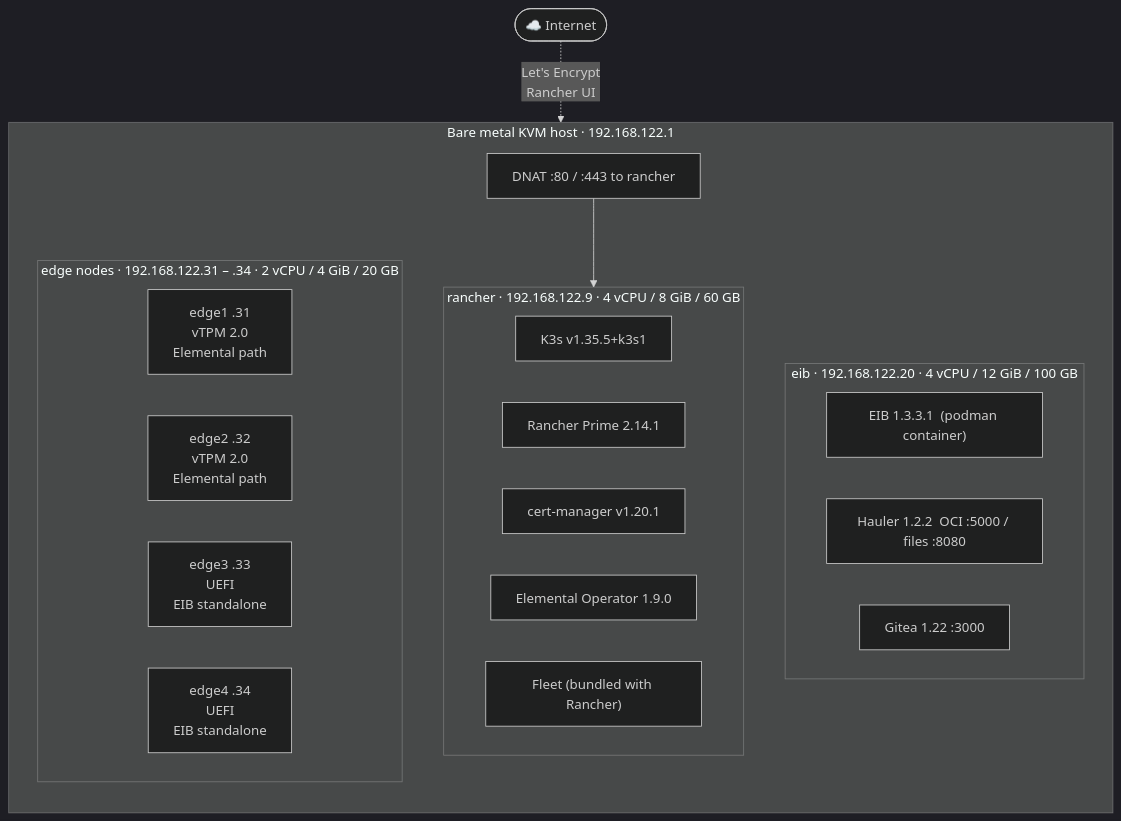
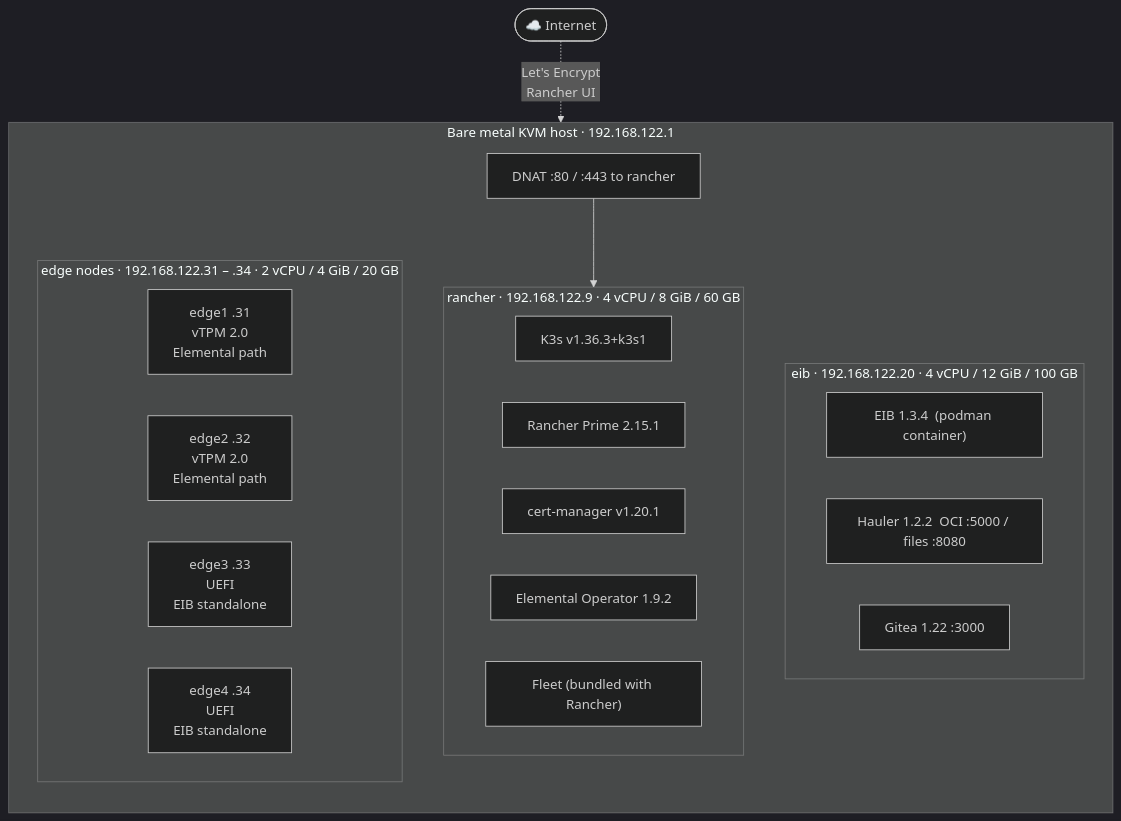
Before and after one commit to avaleror/suse-edge-workshop: the first of 2 diagrams in docs/reference/lab-overview.md, drawn with Mermaid (dark theme). The commit also changed other lines of this file and 15 other files, not shown here.

````diff
--- a/docs/reference/lab-overview.md
+++ b/docs/reference/lab-overview.md
@@ -11,33 +11,33 @@
 ```mermaid
 flowchart TB
     subgraph HOST["  Bare metal KVM host  ·  192.168.122.1  "]
         direction TB
 
         subgraph RANCHER["  rancher  ·  192.168.122.9  ·  4 vCPU / 8 GiB / 60 GB  "]
-            R1["K3s v1.35.5+k3s1"]
-            R2["Rancher Prime 2.14.1"]
+            R1["K3s v1.36.3+k3s1"]
+            R2["Rancher Prime 2.15.1"]
             R3["cert-manager v1.20.1"]
-            R4["Elemental Operator 1.9.0"]
+            R4["Elemental Operator 1.9.2"]
             R5["Fleet (bundled with Rancher)"]
         end
 
         subgraph EIBVM["  eib  ·  192.168.122.20  ·  4 vCPU / 12 GiB / 100 GB  "]
-            E1["EIB 1.3.3.1  (podman container)"]
+            E1["EIB 1.3.4  (podman container)"]
             E2["Hauler 1.2.2  OCI :5000 / files :8080"]
             E3["Gitea 1.22  :3000"]
         end
 
         subgraph EDGES["  edge nodes  ·  192.168.122.31 – .34  ·  2 vCPU / 4 GiB / 20 GB  "]
             direction LR
             N1["edge1  .31\nvTPM 2.0\nElemental path"]
             N2["edge2  .32\nvTPM 2.0\nElemental path"]
             N3["edge3  .33\nUEFI\nEIB standalone"]
             N4["edge4  .34\nUEFI\nEIB standalone"]
         end
 
         DNAT["DNAT  :80 / :443  to  rancher"]
     end
 
     Internet(["☁️  Internet"]) -. "Let's Encrypt\nRancher UI" .-> DNAT
     DNAT --> RANCHER
 ```
````
